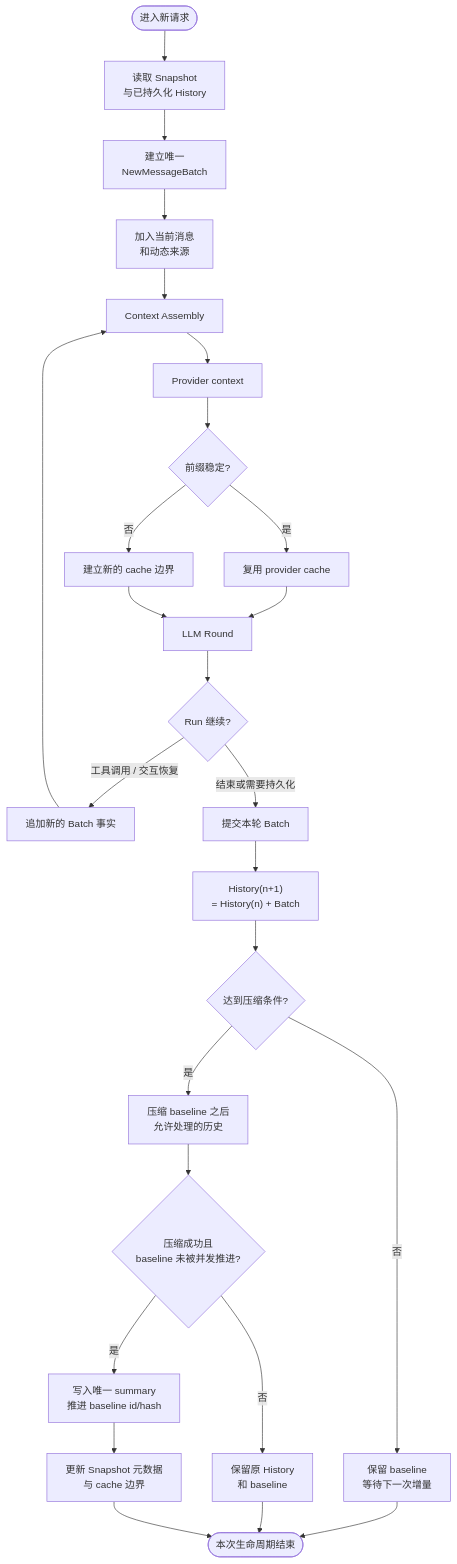
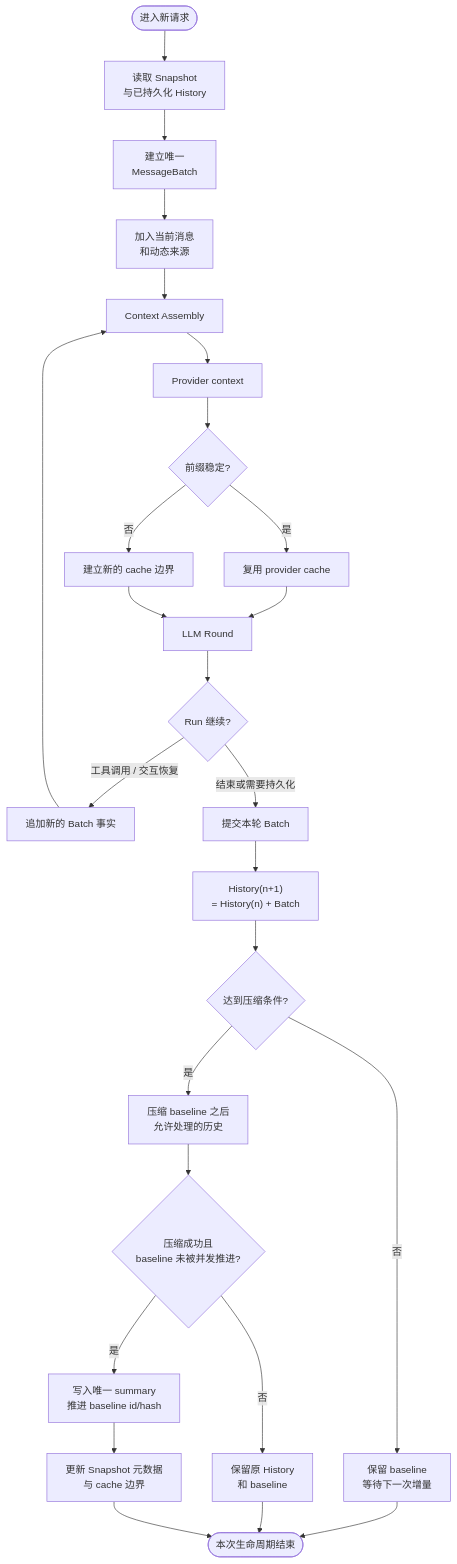
The second of 2 diagrams in docs/agent/04-CONTEXT-ENGINEERING.md (Coffeiz/Gugu-web), drawn with Mermaid before and after one commit. The commit also changed other lines of this file and 684 other files, not shown here.

````diff
--- a/docs/agent/04-CONTEXT-ENGINEERING.md
+++ b/docs/agent/04-CONTEXT-ENGINEERING.md
@@ -80,28 +88,28 @@
 ```mermaid
 flowchart TD
     A([进入新请求]) --> B[读取 Snapshot<br/>与已持久化 History]
-    B --> C[建立唯一<br/>NewMessageBatch]
+    B --> C[建立唯一<br/>MessageBatch]
     C --> D[加入当前消息<br/>和动态来源]
     D --> E[Context Assembly]
     E --> F[Provider context]
     F --> G{前缀稳定?}
     G -->|是| H[复用 provider cache]
     G -->|否| I[建立新的 cache 边界]
     H --> J[LLM Round]
     I --> J
     J --> K{Run 继续?}
     K -->|工具调用 / 交互恢复| L[追加新的 Batch 事实]
     L --> E
     K -->|结束或需要持久化| M[提交本轮 Batch]
     M --> N["History(n+1)<br/>= History(n) + Batch"]
     N --> O{达到压缩条件?}
     O -->|否| P[保留 baseline<br/>等待下一次增量]
     O -->|是| Q[压缩 baseline 之后<br/>允许处理的历史]
     Q --> R{压缩成功且<br/>baseline 未被并发推进?}
     R -->|否| S[保留原 History<br/>和 baseline]
     R -->|是| T[写入唯一 summary<br/>推进 baseline id/hash]
     T --> U[更新 Snapshot 元数据<br/>与 cache 边界]
     P --> V([本次生命周期结束])
     S --> V
     U --> V
 ```
````
